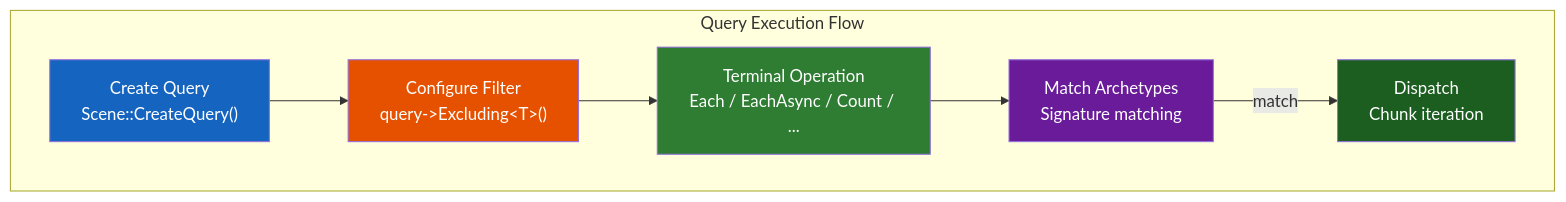
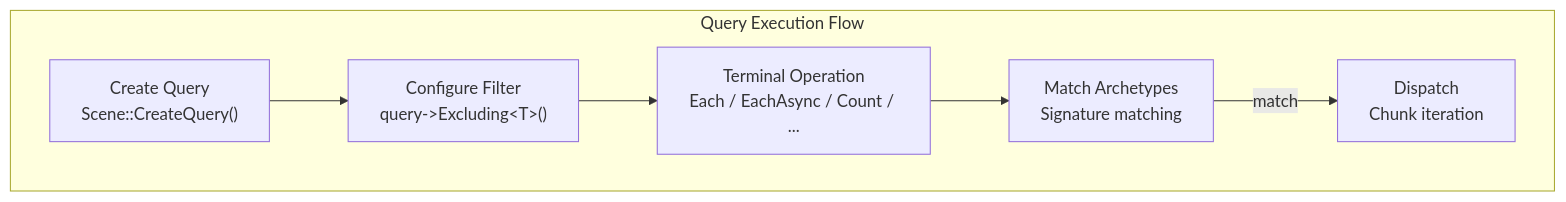
The diagram in docs/api/query.md (gilmar-sales/Freyr), drawn with Mermaid before and after one commit. The commit also changed 8 other files, not shown here.

Commit message:
docs(diagrams): remove mermaid diagram styling directives

````diff
--- a/docs/api/query.md
+++ b/docs/api/query.md
@@ -16,20 +16,15 @@
 ```mermaid
 graph TB
     subgraph QueryFlow["Query Execution Flow"]
         Q["Create Query<br/>Scene::CreateQuery()"]
         F["Configure Filter<br/>query->Excluding&lt;T&gt;()"]
         T["Terminal Operation<br/>Each / EachAsync / Count / ..."]
         M["Match Archetypes<br/>Signature matching"]
         D["Dispatch<br/>Chunk iteration"]
     end
 
     Q --> F --> T
     T --> M
     M -->|match| D
 
-    style Q fill:#1565C0,color:#fff
-    style F fill:#E65100,color:#fff
-    style T fill:#2E7D32,color:#fff
-    style M fill:#6A1B9A,color:#fff
-    style D fill:#1B5E20,color:#fff
 ```
````
